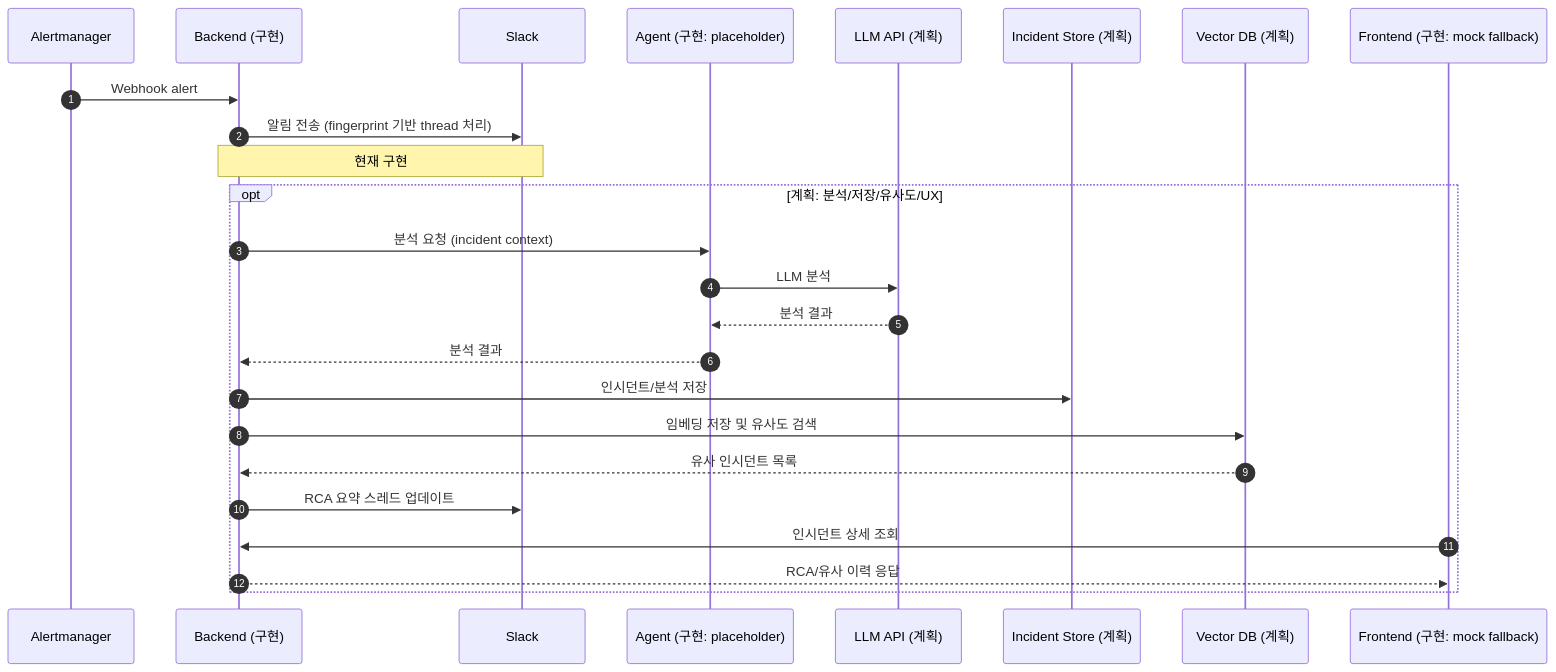
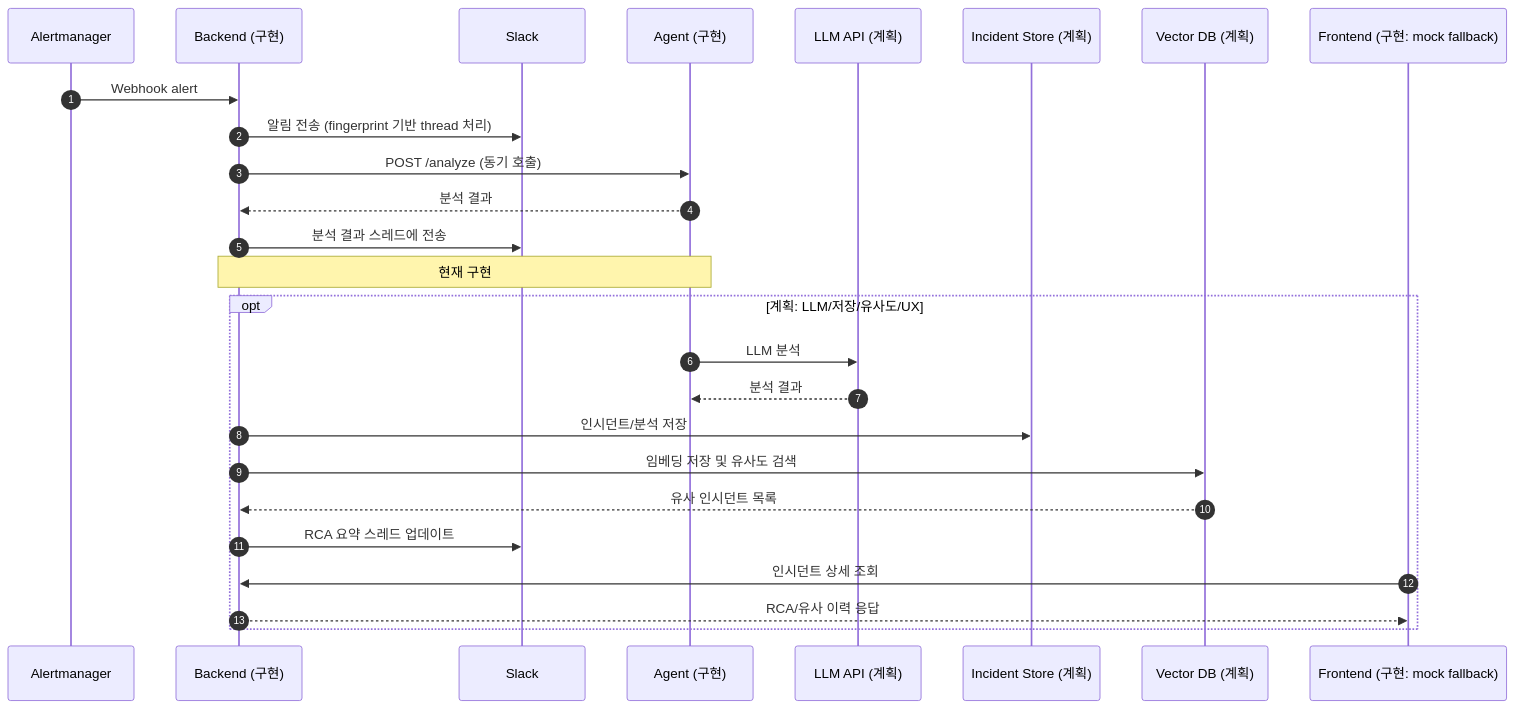
The diagram in docs/diagrams/sequence_diagram.md (kube-rca/kuberca), drawn with Mermaid before and after one commit. The commit also changed 1 other file, not shown here.

Commit message:
docs(diagrams): Backend-Agent 연동 구현 반영

````diff
--- a/docs/diagrams/sequence_diagram.md
+++ b/docs/diagrams/sequence_diagram.md
@@ -1,29 +1,30 @@
 ```mermaid
 sequenceDiagram
   autonumber
   participant AM as Alertmanager
   participant BE as Backend (구현)
   participant SL as Slack
-  participant AG as Agent (구현: placeholder)
+  participant AG as Agent (구현)
   participant LLM as LLM API (계획)
   participant DB as Incident Store (계획)
   participant VDB as Vector DB (계획)
   participant FE as Frontend (구현: mock fallback)
 
   AM->>BE: Webhook alert
   BE->>SL: 알림 전송 (fingerprint 기반 thread 처리)
-  Note over BE,SL: 현재 구현
+  BE->>AG: POST /analyze (동기 호출)
+  AG-->>BE: 분석 결과
+  BE->>SL: 분석 결과 스레드에 전송
+  Note over BE,AG: 현재 구현
 
-  opt 계획: 분석/저장/유사도/UX
-    BE->>AG: 분석 요청 (incident context)
+  opt 계획: LLM/저장/유사도/UX
     AG->>LLM: LLM 분석
     LLM-->>AG: 분석 결과
-    AG-->>BE: 분석 결과
     BE->>DB: 인시던트/분석 저장
     BE->>VDB: 임베딩 저장 및 유사도 검색
     VDB-->>BE: 유사 인시던트 목록
     BE->>SL: RCA 요약 스레드 업데이트
     FE->>BE: 인시던트 상세 조회
     BE-->>FE: RCA/유사 이력 응답
   end
 ```
````
